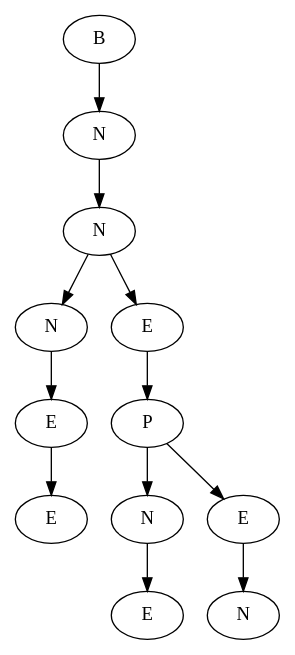
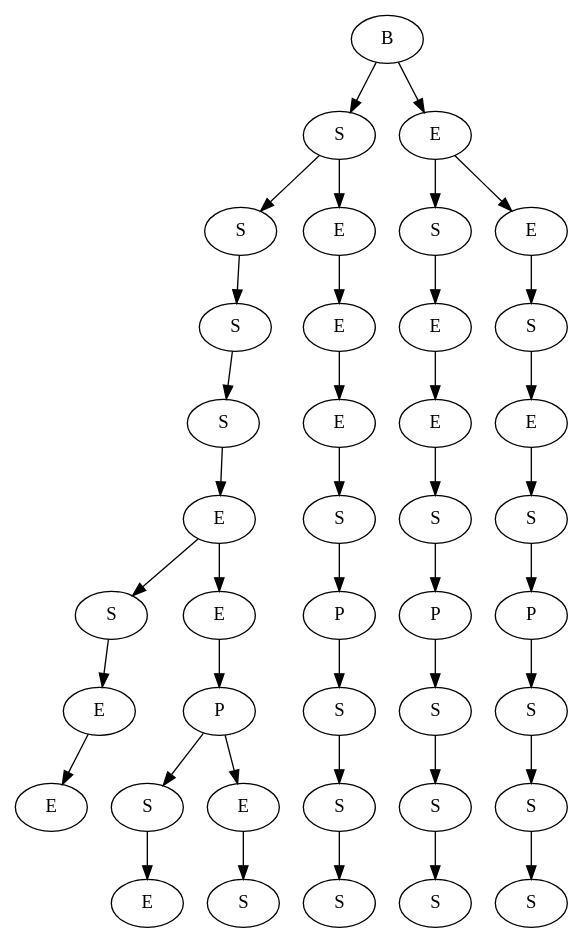
One commit to Iliyan0411/Data-Structures changed the diagram in Tom and Jerry/viz.dot. Above: the diagram before and after it, drawn with Graphviz. The commit also changed 7 other files, not shown here.

```diff
--- a/Tom and Jerry/viz.dot
+++ b/Tom and Jerry/viz.dot
@@ -1,25 +1,81 @@
 digraph G{
-15715664[label="E"]
-15714488[label="E"]
-15714488->15715664;
-15713864[label="N"]
-15713864->15714488;
-15715728[label="E"]
-15716048[label="N"]
-15716048->15715728;
-15715280[label="N"]
-15716016[label="E"]
-15716016->15715280;
-15715440[label="P"]
-15715440->15716048;
-15715440->15716016;
-15715952[label="E"]
-15715952->15715440;
-15706528[label="N"]
-15706528->15713864;
-15706528->15715952;
-15706560[label="N"]
-15706560->15706528;
-15691928[label="B"]
-15691928->15706560;
+41097088[label="E"]
+41096896[label="E"]
+41096896->41097088;
+41097184[label="S"]
+41097184->41096896;
+41096960[label="E"]
+41097696[label="S"]
+41097696->41096960;
+41097120[label="S"]
+41097056[label="E"]
+41097056->41097120;
+41097216[label="P"]
+41097216->41097696;
+41097216->41097056;
+41097664[label="E"]
+41097664->41097216;
+41097152[label="E"]
+41097152->41097184;
+41097152->41097664;
+8040384[label="S"]
+8040384->41097152;
+7996624[label="S"]
+7996624->8040384;
+8024384[label="S"]
+8024384->7996624;
+41104288[label="S"]
+41104544[label="S"]
+41104544->41104288;
+41104672[label="S"]
+41104672->41104544;
+41096864[label="P"]
+41096864->41104672;
+41097632[label="S"]
+41097632->41096864;
+41097728[label="E"]
+41097728->41097632;
+41097376[label="E"]
+41097376->41097728;
+41097312[label="E"]
+41097312->41097376;
+8024752[label="S"]
+8024752->8024384;
+8024752->41097312;
+41104128[label="S"]
+41104992[label="S"]
+41104992->41104128;
+41105024[label="S"]
+41105024->41104992;
+41104800[label="P"]
+41104800->41105024;
+41104096[label="S"]
+41104096->41104800;
+41104608[label="E"]
+41104608->41104096;
+41104704[label="E"]
+41104704->41104608;
+41104480[label="S"]
+41104480->41104704;
+41105856[label="S"]
+41105408[label="S"]
+41105408->41105856;
+41105632[label="S"]
+41105632->41105408;
+41105280[label="P"]
+41105280->41105632;
+41105120[label="S"]
+41105120->41105280;
+41104416[label="E"]
+41104416->41105120;
+41104896[label="S"]
+41104896->41104416;
+41104960[label="E"]
+41104960->41104896;
+41104768[label="E"]
+41104768->41104480;
+41104768->41104960;
+8024216[label="B"]
+8024216->8024752;
+8024216->41104768;
 }
```
